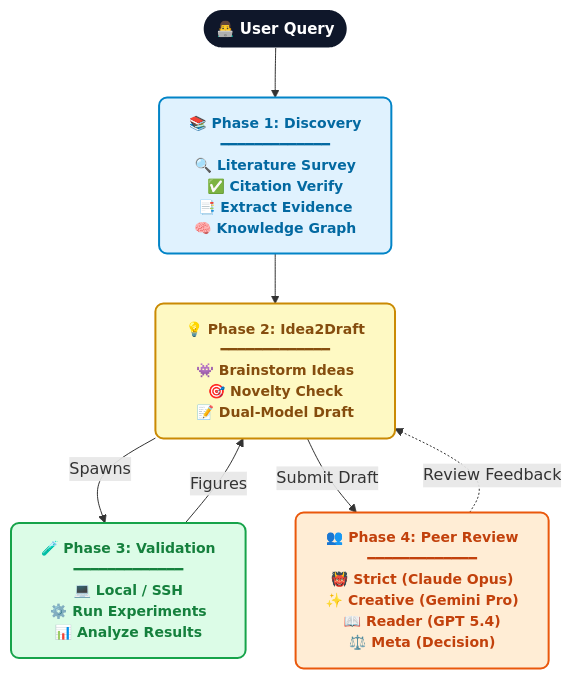
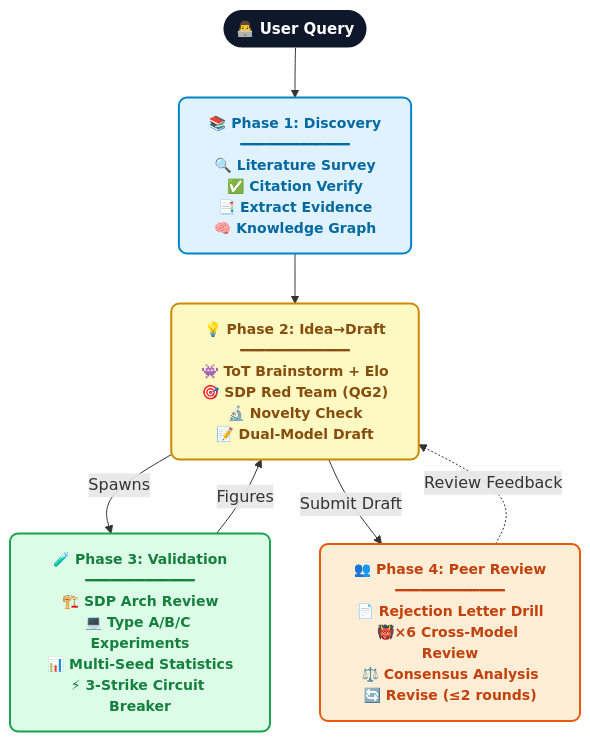
The diagram in README.md (ChunqiGuo02/Nexus), drawn with Mermaid before and after one commit. The commit also changed other lines of this file and 1 other file, not shown here.

````diff
--- a/README.md
+++ b/README.md
@@ -17,25 +19,25 @@
 ```mermaid
 flowchart TD
     classDef entry fill:#0f172a,color:#ffffff,stroke:none,rx:8,ry:8,font-weight:bold,font-size:15px
     classDef phase1 fill:#e0f2fe,stroke:#0284c7,stroke-width:2px,rx:8,ry:8,color:#0369a1,font-weight:600,font-size:14px
     classDef phase2 fill:#fef9c3,stroke:#ca8a04,stroke-width:2px,rx:8,ry:8,color:#854d0e,font-weight:600,font-size:14px
     classDef phase3 fill:#dcfce7,stroke:#16a34a,stroke-width:2px,rx:8,ry:8,color:#15803d,font-weight:600,font-size:14px
     classDef phase4 fill:#ffedd5,stroke:#ea580c,stroke-width:2px,rx:8,ry:8,color:#c2410c,font-weight:600,font-size:14px
     
     U(["👨‍💻 User Query"]):::entry
     
     P1["📚 Phase 1: Discovery<br>━━━━━━━━━━━━━<br>🔍 Literature Survey<br>✅ Citation Verify<br>📑 Extract Evidence<br>🧠 Knowledge Graph"]:::phase1
     
-    P2["💡 Phase 2: Idea2Draft<br>━━━━━━━━━━━━━<br>👾 Brainstorm Ideas<br>🎯 Novelty Check<br>📝 Dual-Model Draft"]:::phase2
+    P2["💡 Phase 2: Idea→Draft<br>━━━━━━━━━━━━━<br>👾 ToT Brainstorm + Elo<br>🎯 SDP Red Team (QG2)<br>🔬 Novelty Check<br>📝 Dual-Model Draft"]:::phase2
     
-    P3["🧪 Phase 3: Validation<br>━━━━━━━━━━━━━<br>💻 Local / SSH<br>⚙️ Run Experiments<br>📊 Analyze Results"]:::phase3
+    P3["🧪 Phase 3: Validation<br>━━━━━━━━━━━━━<br>🏗️ SDP Arch Review<br>💻 Type A/B/C Experiments<br>📊 Multi-Seed Statistics<br>⚡ 3-Strike Circuit Breaker"]:::phase3
 
-    P4["👥 Phase 4: Peer Review<br>━━━━━━━━━━━━━<br>👹 Strict (Claude Opus)<br>✨ Creative (Gemini Pro)<br>📖 Reader (GPT 5.4)<br>⚖️ Meta (Decision)"]:::phase4
+    P4["👥 Phase 4: Peer Review<br>━━━━━━━━━━━━━<br>📄 Rejection Letter Drill<br>👹×6 Cross-Model Review<br>⚖️ Consensus Analysis<br>🔄 Revise (≤2 rounds)"]:::phase4
 
     U --> P1
     P1 --> P2
     P2 -->|"Spawns"| P3
     P3 -->|"Figures"| P2
     P2 -->|"Submit Draft"| P4
     P4 -.->|"Review Feedback"| P2
 ```
````
